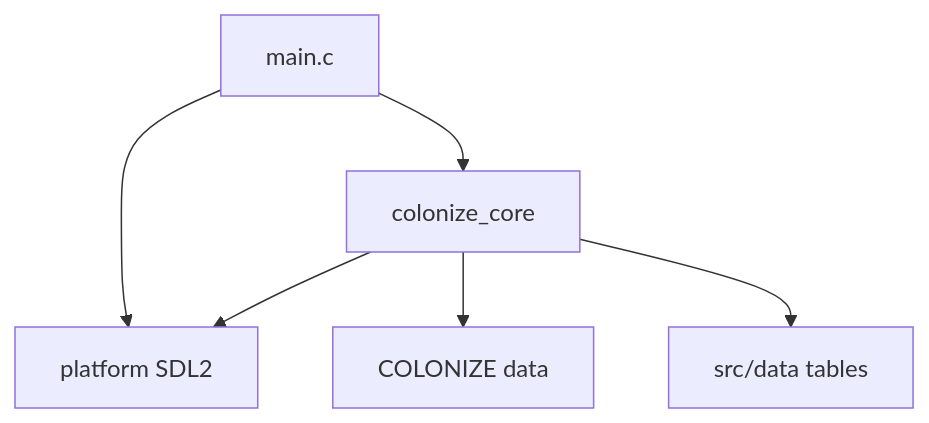
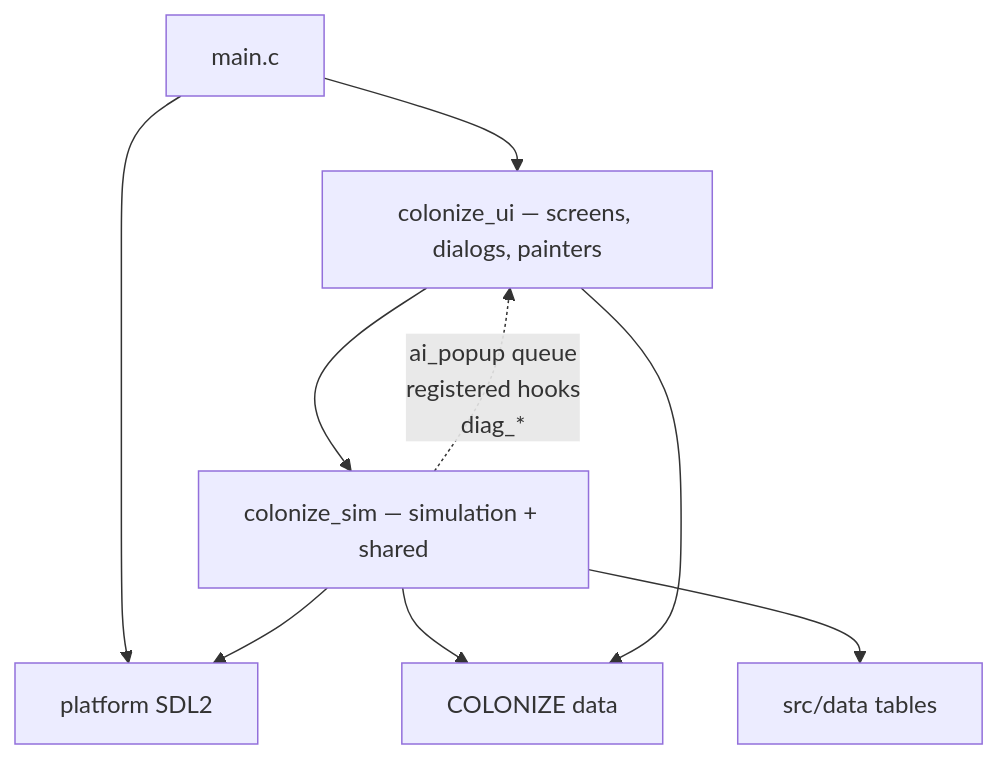
One commit to AbuDhabi/linux-colonize changed the diagram in docs/architecture.md. Above: the diagram before and after it, drawn with Mermaid. The commit also changed other lines of this file and 56 other files, not shown here.

Commit message:
Architecture

````diff
--- a/docs/architecture.md
+++ b/docs/architecture.md
@@ -58,13 +58,17 @@
 ```mermaid
 flowchart TB
   main[main.c]
   plat[platform SDL2]
-  core[colonize_core]
+  ui["colonize_ui&nbsp;&mdash;&nbsp;screens, dialogs, painters"]
+  sim["colonize_sim&nbsp;&mdash;&nbsp;simulation + shared"]
   dataDir[COLONIZE data]
   baked[src/data tables]
   main --> plat
-  main --> core
-  core --> plat
-  core --> dataDir
-  core --> baked
+  main --> ui
+  ui --> sim
+  sim --> plat
+  sim --> dataDir
+  sim --> baked
+  ui --> dataDir
+  sim -. "ai_popup queue<br/>registered hooks<br/>diag_*" .-> ui
 ```
````
